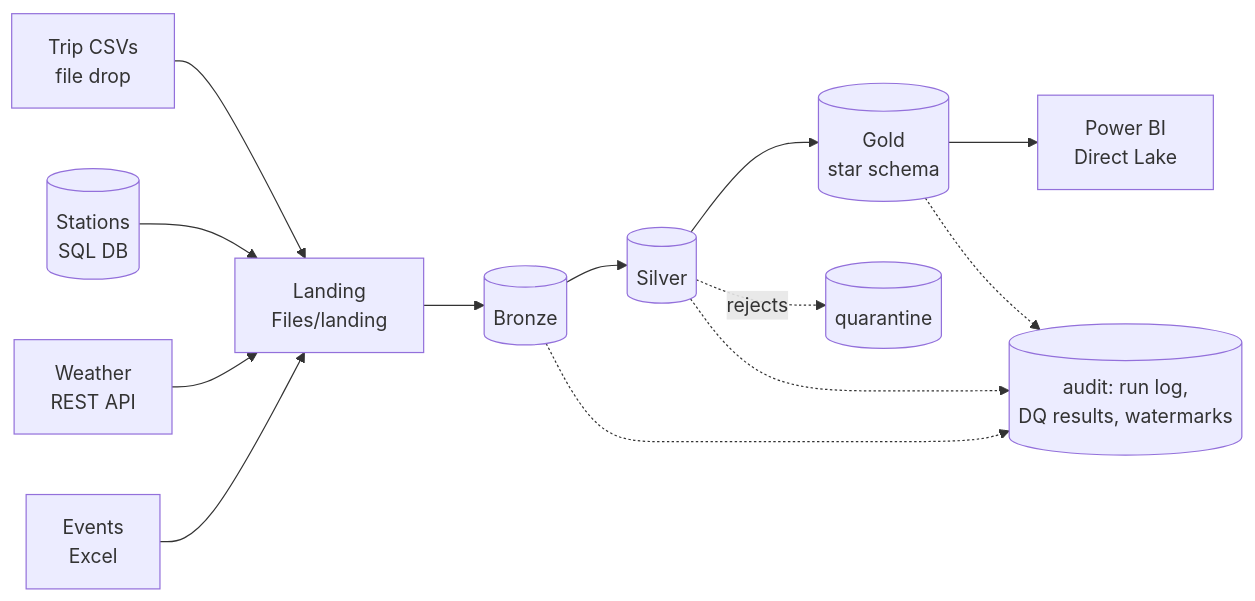
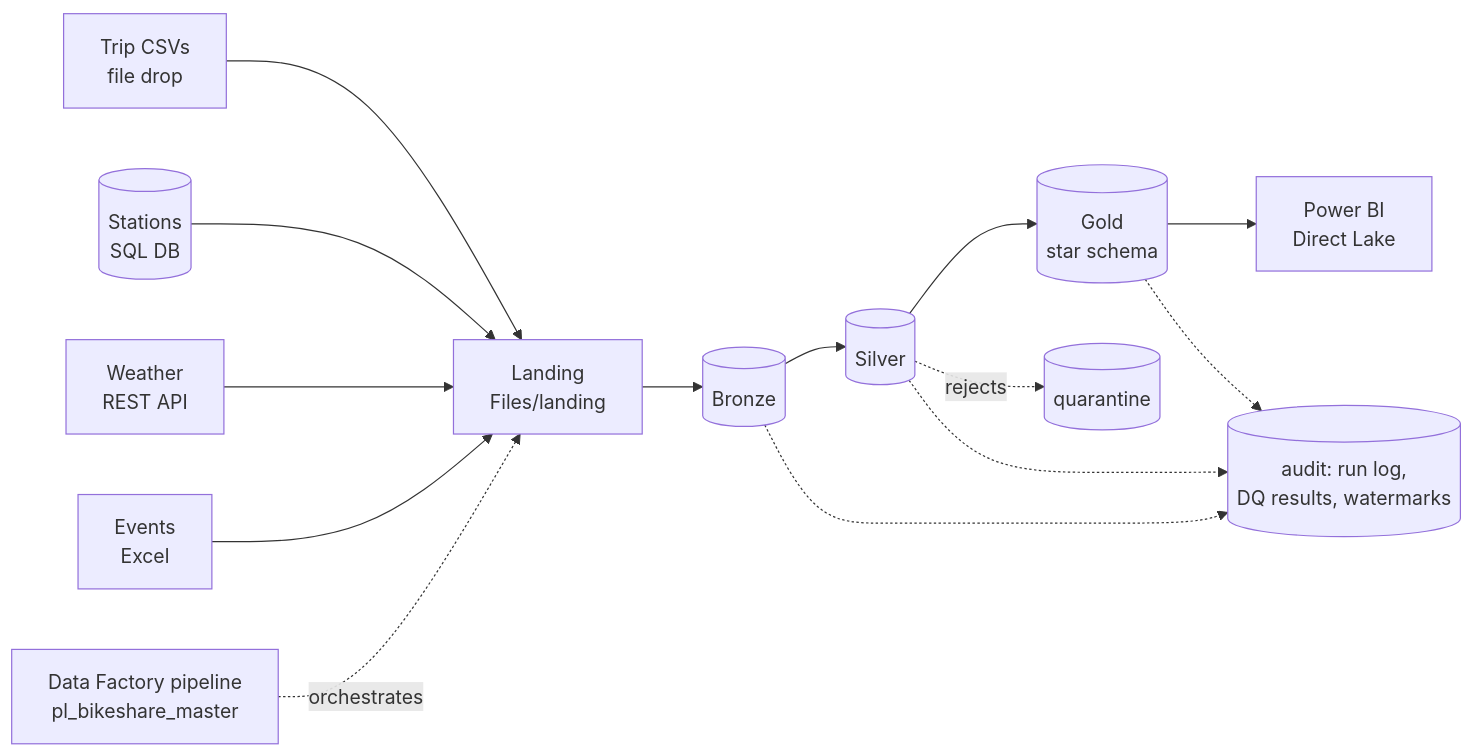
The diagram in README.md (Aashima-91/fabric-bikeshare-lakehouse), drawn with Mermaid before and after one commit. The commit also changed other lines of this file and 10 other files, not shown here.

````diff
--- a/README.md
+++ b/README.md
@@ -8,10 +11,11 @@
 ```mermaid
 flowchart LR
   A1[Trip CSVs<br/>file drop] --> L
   A2[(Stations<br/>SQL DB)] --> L
   A3[Weather<br/>REST API] --> L
   A4[Events<br/>Excel] --> L
   L[Landing<br/>Files/landing] --> B[(Bronze)] --> S[(Silver)] --> G[(Gold<br/>star schema)] --> P[Power BI<br/>Direct Lake]
   S -.rejects.-> Q[(quarantine)]
   B & S & G -.-> AU[(audit: run log,<br/>DQ results, watermarks)]
+  DF[Data Factory pipeline<br/>pl_bikeshare_master] -.orchestrates.-> L
 ```
````
